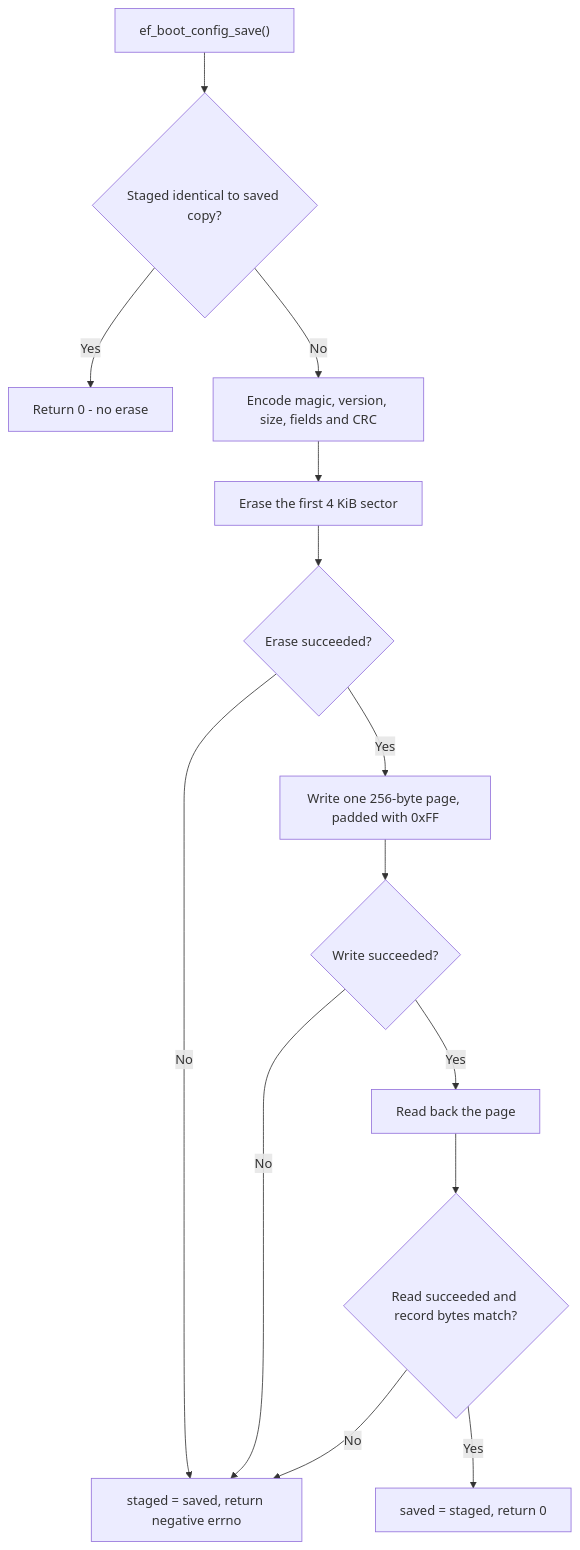
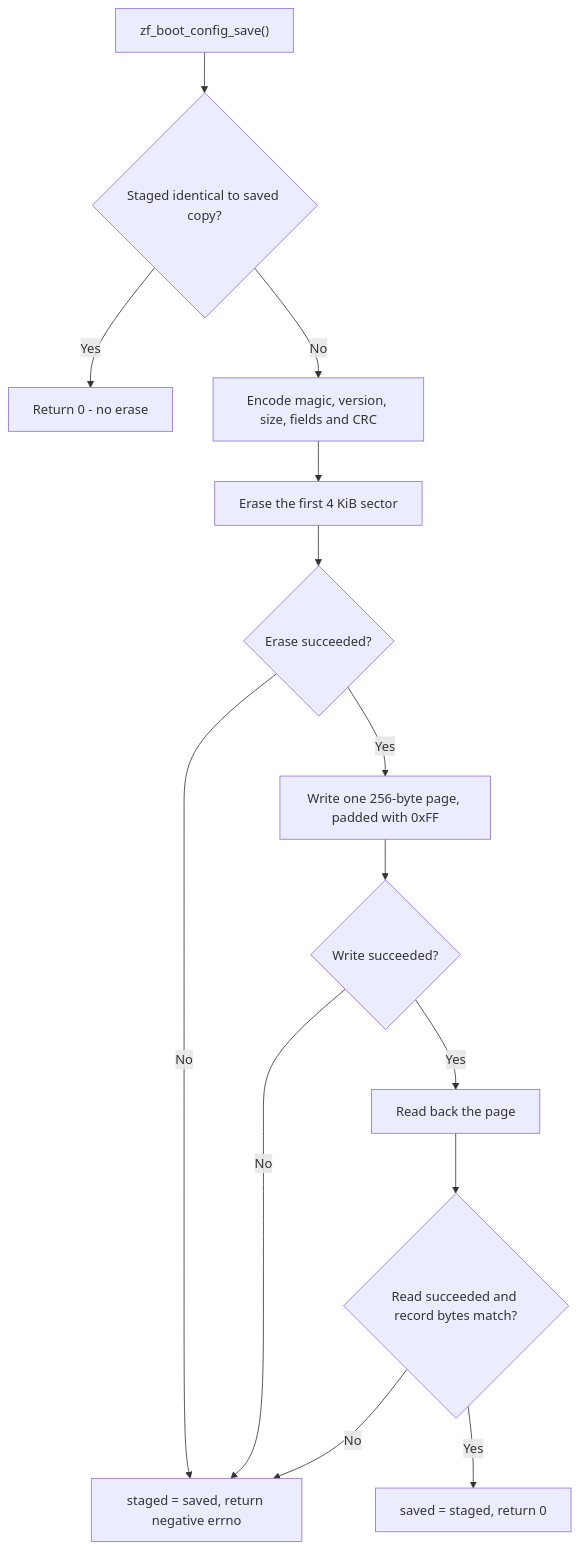
The fifth of 6 diagrams in docs/reference/settings.md (djwinter29-oss/ESPForge), drawn with Mermaid before and after one commit. The commit also changed other lines of this file and 416 other files, not shown here.

````diff
--- a/docs/reference/settings.md
+++ b/docs/reference/settings.md
@@ -153,16 +153,16 @@
 ```mermaid
 flowchart TD
-    Start["ef_boot_config_save()"] --> Same{"Staged identical to saved copy?"}
+    Start["zf_boot_config_save()"] --> Same{"Staged identical to saved copy?"}
     Same -->|Yes| Ok["Return 0 - no erase"]
     Same -->|No| Build["Encode magic, version, size, fields and CRC"]
     Build --> Erase["Erase the first 4 KiB sector"]
     Erase --> Erased{"Erase succeeded?"}
     Erased -->|No| Fail["staged = saved, return negative errno"]
     Erased -->|Yes| Program["Write one 256-byte page, padded with 0xFF"]
     Program --> Written{"Write succeeded?"}
     Written -->|No| Fail
     Written -->|Yes| Read["Read back the page"]
     Read --> Verify{"Read succeeded and record bytes match?"}
     Verify -->|Yes| Ok2["saved = staged, return 0"]
     Verify -->|No| Fail
 ```
````
